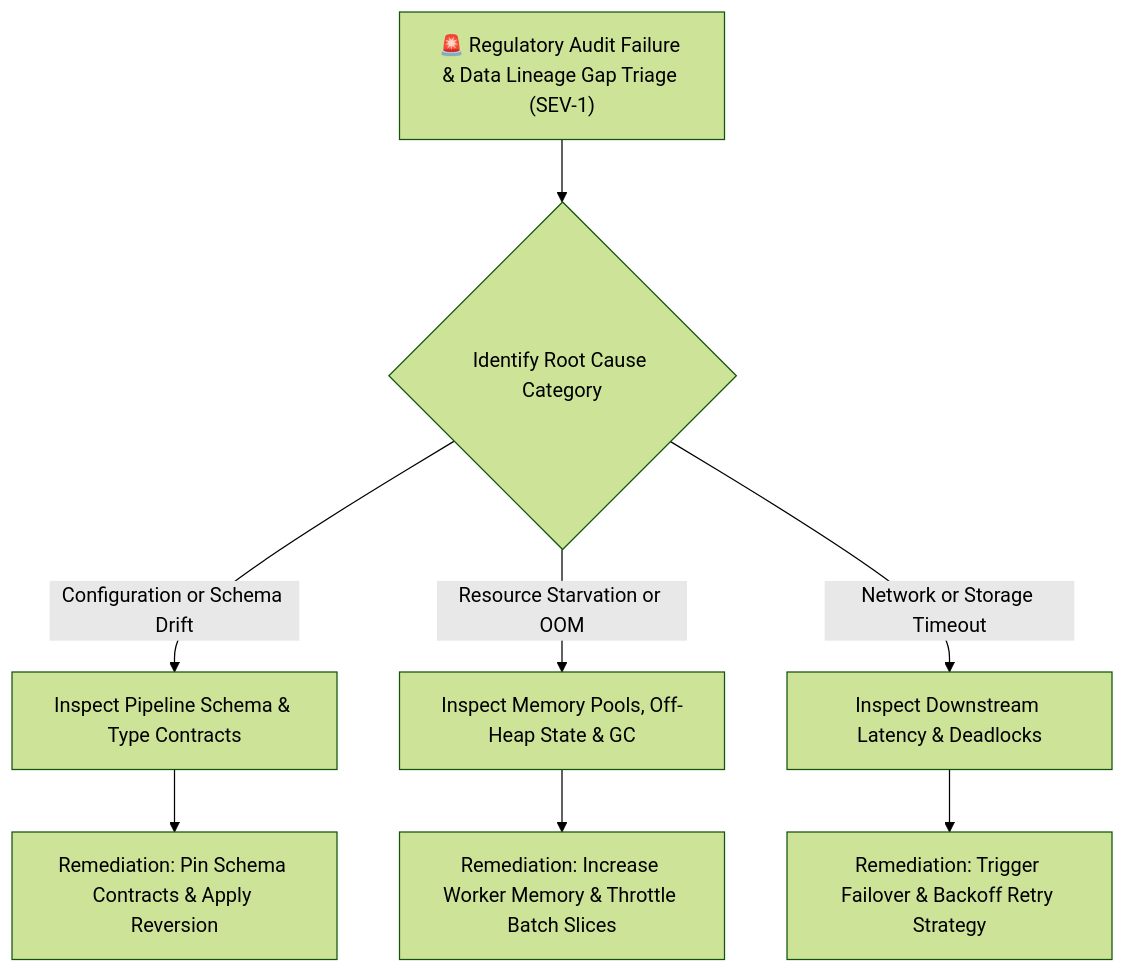
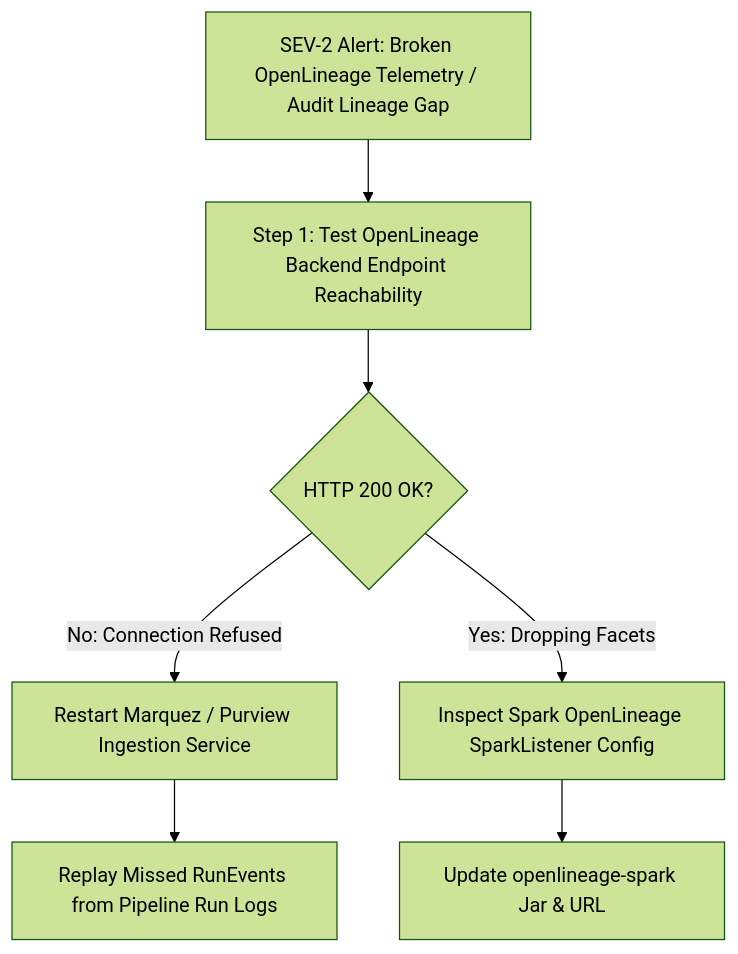
One commit to santoshjammi29/data-system-design-handbook changed the diagram in runbooks/03_data_lineage_and_audit_compliance_failure.md. Above: the diagram before and after it, drawn with Mermaid (forest theme). The commit also changed other lines of this file and 11 other files, not shown here.

````diff
--- a/runbooks/03_data_lineage_and_audit_compliance_failure.md
+++ b/runbooks/03_data_lineage_and_audit_compliance_failure.md
@@ -11,12 +12,11 @@
 ```mermaid
 flowchart TD
-    Alert["🚨 Regulatory Audit Failure & Data Lineage Gap Triage (SEV-1)"] --> TriageCategory{"Identify Root Cause Category"}
+    Alert["SEV-2 Alert: Broken OpenLineage Telemetry / Audit Lineage Gap"] --> TestEndpoint["Step 1: Test OpenLineage Backend Endpoint Reachability"]
+    TestEndpoint --> Reachable{"HTTP 200 OK?"}
     
-    TriageCategory -->|"Configuration or Schema Drift"| ConfigTriage["Inspect Pipeline Schema & Type Contracts"]
-    TriageCategory -->|"Resource Starvation or OOM"| ResourceTriage["Inspect Memory Pools, Off-Heap State & GC"]
-    TriageCategory -->|"Network or Storage Timeout"| NetworkTriage["Inspect Downstream Latency & Deadlocks"]
-
-    ConfigTriage --> FixConfig["Remediation: Pin Schema Contracts & Apply Reversion"]
-    ResourceTriage --> FixResource["Remediation: Increase Worker Memory & Throttle Batch Slices"]
-    NetworkTriage --> FixNetwork["Remediation: Trigger Failover & Backoff Retry Strategy"]
+    Reachable -->|"No: Connection Refused"| RestoreBackend["Restart Marquez / Purview Ingestion Service"]
+    Reachable -->|"Yes: Dropping Facets"| CheckSparkListener["Inspect Spark OpenLineage SparkListener Config"]
+    
+    RestoreBackend --> ResendRunEvents["Replay Missed RunEvents from Pipeline Run Logs"]
+    CheckSparkListener --> PatchListener["Update openlineage-spark Jar & URL"]
 ```
````
